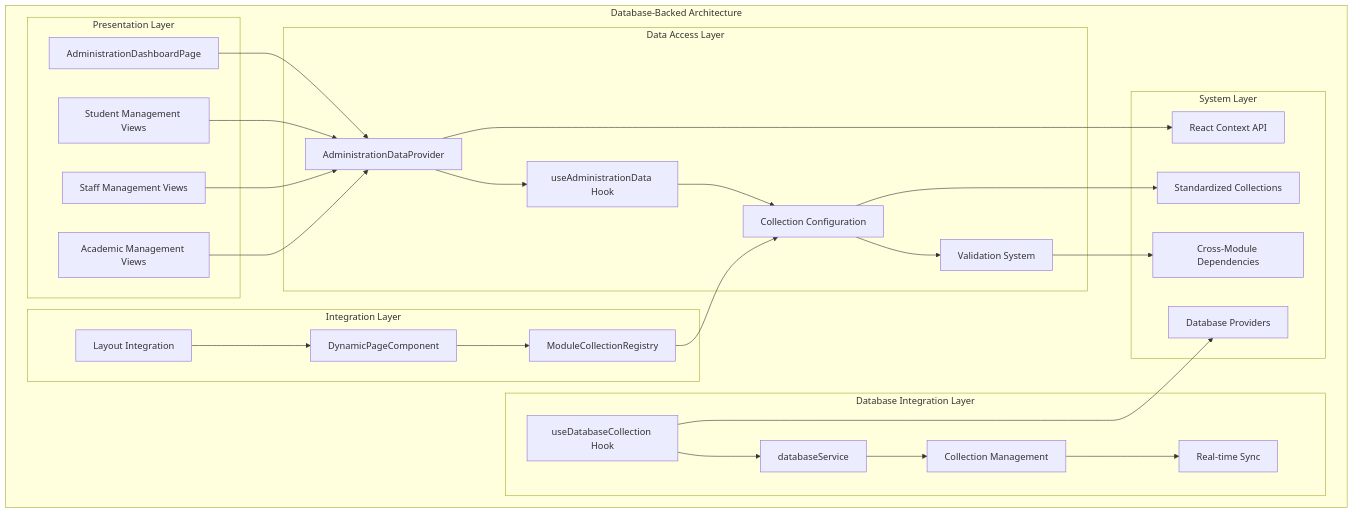
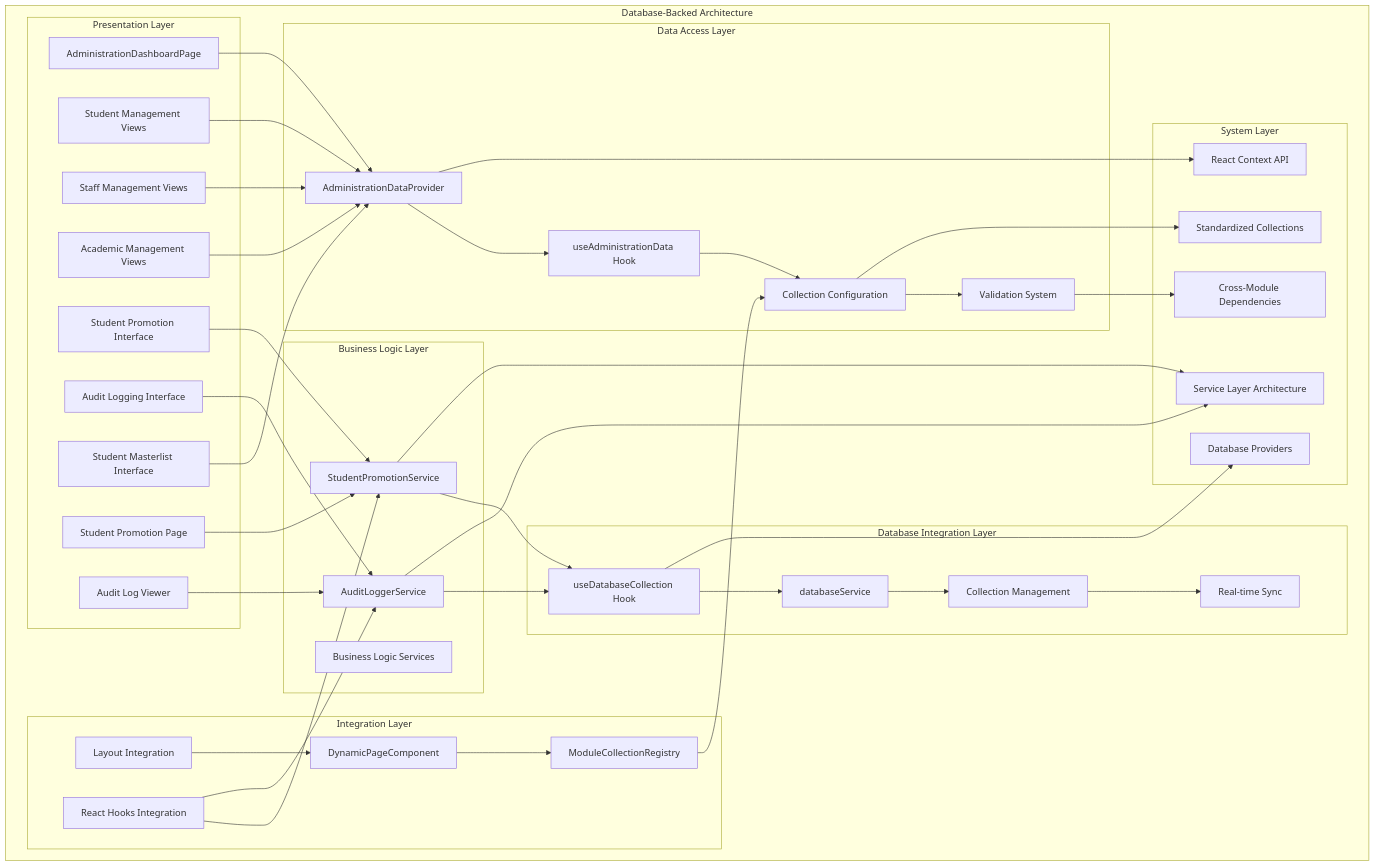
The second of 5 diagrams in .qoder/repowiki/en/content/Modules System/Administration Module.md (geniusdynamics/schoolpilot), drawn with Mermaid before and after one commit. The commit also changed other lines of this file and 21 other files, not shown here.

````diff
--- a/.qoder/repowiki/en/content/Modules System/Administration Module.md
+++ b/.qoder/repowiki/en/content/Modules System/Administration Module.md
@@ -130,51 +167,74 @@
 ```mermaid
 graph TB
 subgraph "Database-Backed Architecture"
 subgraph "Presentation Layer"
 A[AdministrationDashboardPage]
 B[Student Management Views]
 C[Staff Management Views]
 D[Academic Management Views]
+E[Student Promotion Interface]
+F[Audit Logging Interface]
+G[Student Masterlist Interface]
+H[Student Promotion Page]
+I[Audit Log Viewer]
 end
 subgraph "Data Access Layer"
-E[AdministrationDataProvider]
-F[useAdministrationData Hook]
-G[Collection Configuration]
-H[Validation System]
+J[AdministrationDataProvider]
+K[useAdministrationData Hook]
+L[Collection Configuration]
+M[Validation System]
+end
+subgraph "Business Logic Layer"
+N[StudentPromotionService]
+O[AuditLoggerService]
+P[Business Logic Services]
 end
 subgraph "Database Integration Layer"
-I[useDatabaseCollection Hook]
-J[databaseService]
-K[Collection Management]
-L[Real-time Sync]
+Q[useDatabaseCollection Hook]
+R[databaseService]
+S[Collection Management]
+T[Real-time Sync]
 end
 subgraph "Integration Layer"
-M[ModuleCollectionRegistry]
-N[DynamicPageComponent]
-O[Layout Integration]
+U[ModuleCollectionRegistry]
+V[DynamicPageComponent]
+W[Layout Integration]
+X[React Hooks Integration]
 end
 subgraph "System Layer"
-P[React Context API]
-Q[Standardized Collections]
-R[Cross-Module Dependencies]
-S[Database Providers]
+Y[React Context API]
+Z[Standardized Collections]
+AA[Cross-Module Dependencies]
+BB[Database Providers]
+CC[Service Layer Architecture]
 end
 end
-A --> E
-B --> E
-C --> E
-D --> E
-E --> F
-F --> G
-G --> H
-I --> J
+A --> J
+B --> J
+C --> J
+D --> J
+E --> N
+F --> O
+G --> J
+H --> N
+I --> O
 J --> K
 K --> L
-M --> G
-N --> M
-O --> N
-E --> P
-G --> Q
-H --> R
-I --> S
+L --> M
+N --> Q
+O --> Q
+Q --> R
+R --> S
+S --> T
+U --> L
+V --> U
+W --> V
+X --> N
+X --> O
+J --> Y
+L --> Z
+M --> AA
+Q --> BB
+N --> CC
+O --> CC
 ```
````
